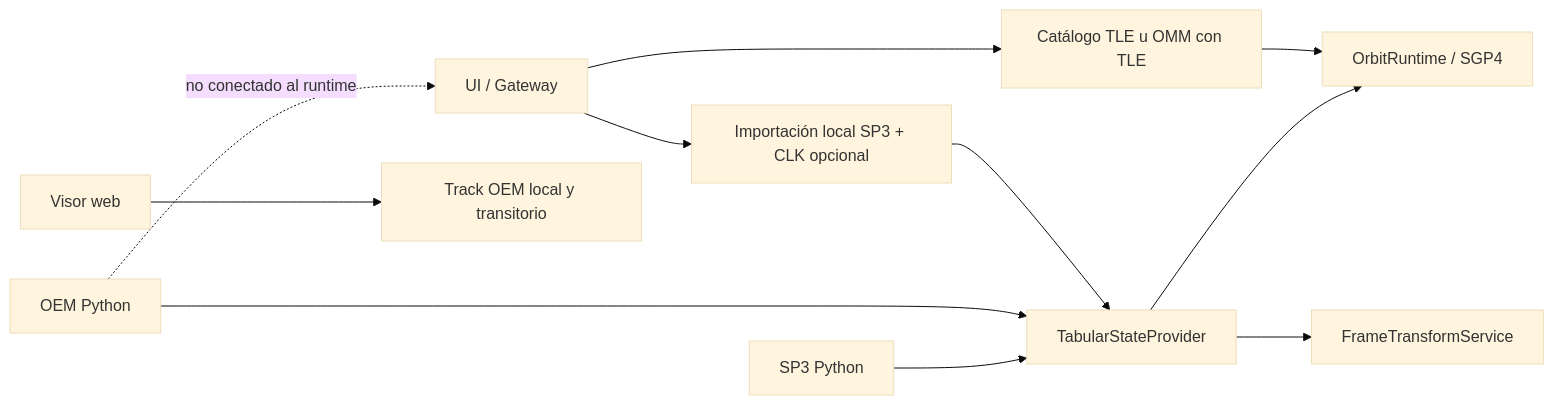
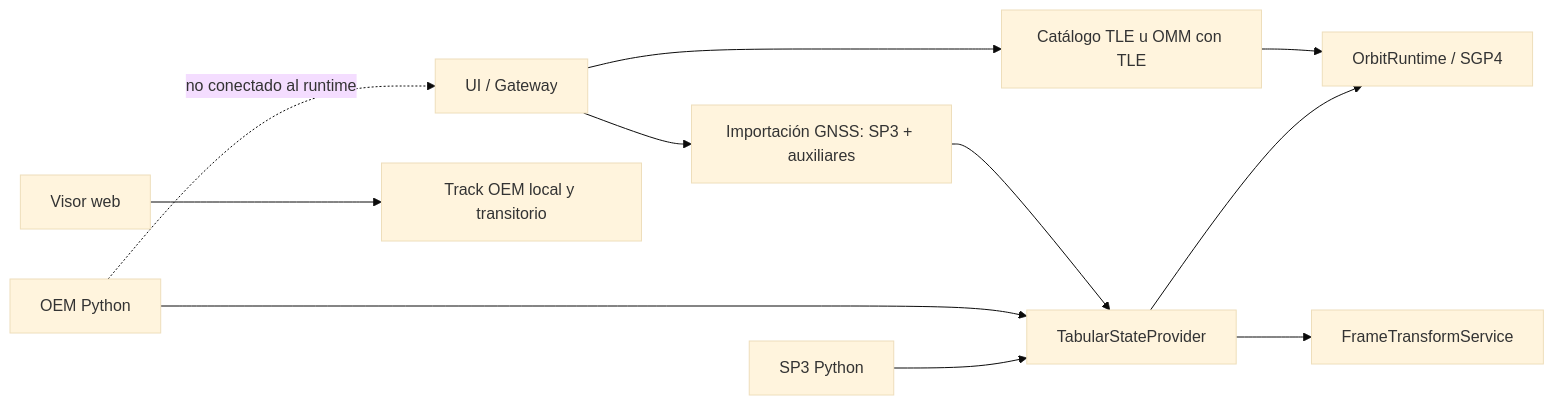
The diagram in docs/wiki/formats/overview.md (gabgarar/Orbit), drawn with Mermaid (base theme) before and after one commit. The commit also changed other lines of this file and 65 other files, not shown here.

````diff
--- a/docs/wiki/formats/overview.md
+++ b/docs/wiki/formats/overview.md
@@ -17,13 +17,13 @@
 ```mermaid
 flowchart LR
     U[UI / Gateway] --> C[Catálogo TLE u OMM con TLE]
     C --> R[OrbitRuntime / SGP4]
-    U --> P[Importación local SP3 + CLK opcional]
+    U --> P[Importación GNSS: SP3 + auxiliares]
     P --> T[Proveedor tabulado por satélite]
     T --> R
     V[Visor web] --> L[Track OEM local y transitorio]
     O[OEM Python] --> T[TabularStateProvider]
     S[SP3 Python] --> T
     T --> F[FrameTransformService]
     O -. no conectado al runtime .-> U
 ```
````
